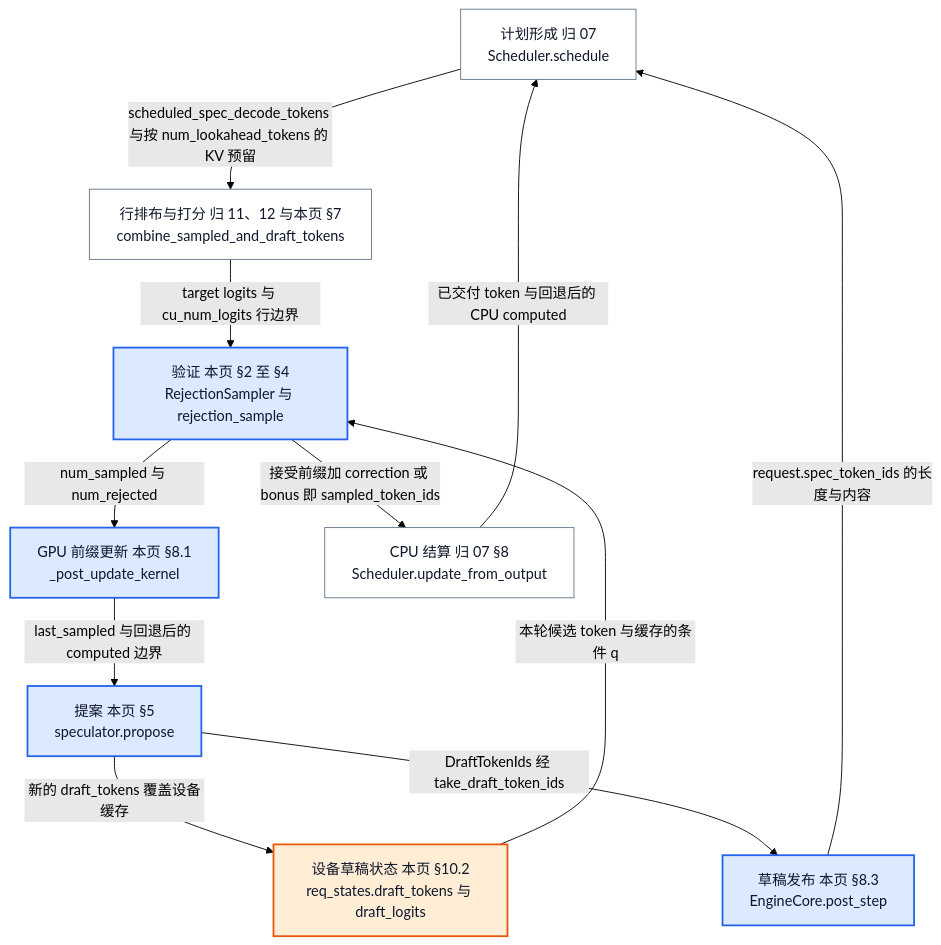
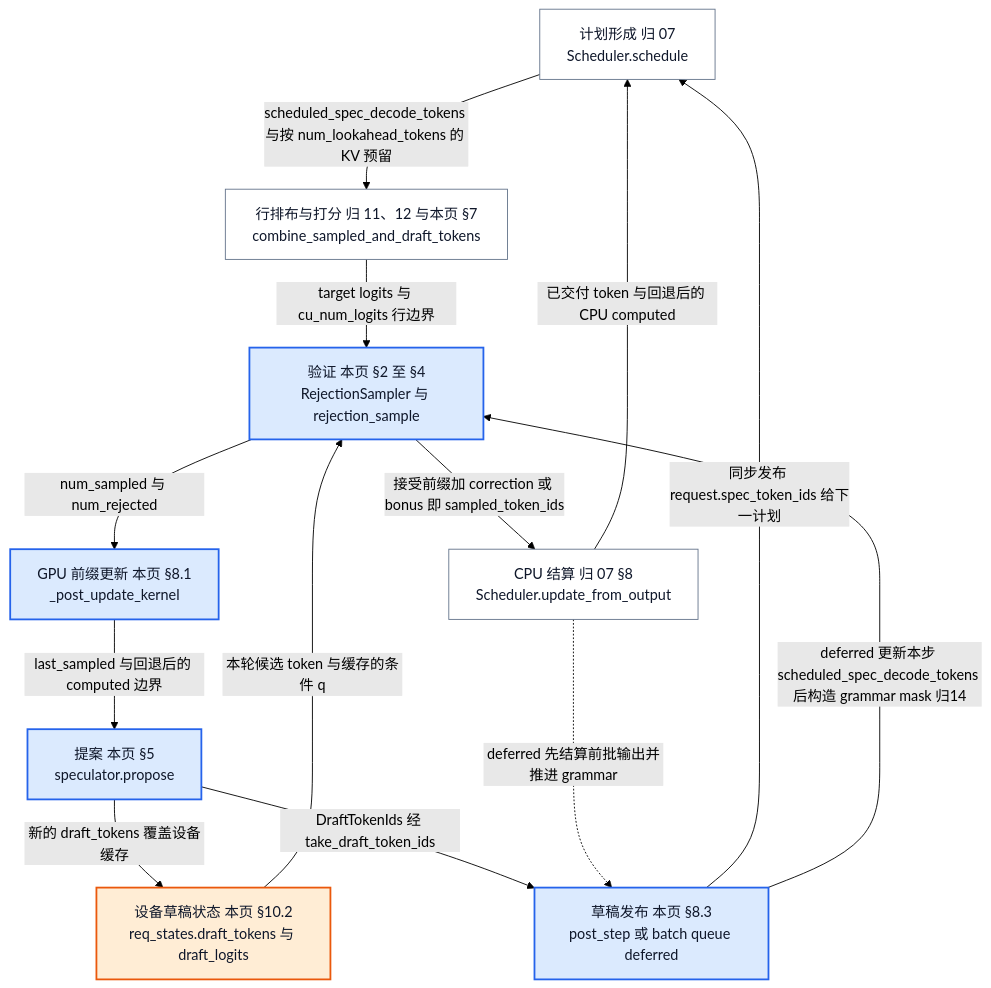
One commit to suhaibo666/llm-knowledge changed the first of 8 diagrams in wiki/02_engineering/03_infer_frameworks/vllm/16_vllm_speculative_decoding_analysis.md. Above: the diagram before and after it, drawn with Mermaid (forest theme). The commit also changed other lines of this file and 59 other files, not shown here.

````diff
--- a/wiki/02_engineering/03_infer_frameworks/vllm/16_vllm_speculative_decoding_analysis.md
+++ b/wiki/02_engineering/03_infer_frameworks/vllm/16_vllm_speculative_decoding_analysis.md
@@ -34,19 +34,21 @@
 ```mermaid
 flowchart TB
     P["计划形成 归 07<br/>Scheduler.schedule"] -->|scheduled_spec_decode_tokens 与按 num_lookahead_tokens 的 KV 预留| G["行排布与打分 归 11、12 与本页 §7<br/>combine_sampled_and_draft_tokens"]
     G -->|target logits 与 cu_num_logits 行边界| V["验证 本页 §2 至 §4<br/>RejectionSampler 与 rejection_sample"]
     D["设备草稿状态 本页 §10.2<br/>req_states.draft_tokens 与 draft_logits"] -->|本轮候选 token 与缓存的条件 q| V
     V -->|num_sampled 与 num_rejected| F["GPU 前缀更新 本页 §8.1<br/>_post_update_kernel"]
     V -->|接受前缀加 correction 或 bonus 即 sampled_token_ids| C["CPU 结算 归 07 §8<br/>Scheduler.update_from_output"]
     F -->|last_sampled 与回退后的 computed 边界| R["提案 本页 §5<br/>speculator.propose"]
     R -->|新的 draft_tokens 覆盖设备缓存| D
-    R -->|DraftTokenIds 经 take_draft_token_ids| B["草稿发布 本页 §8.3<br/>EngineCore.post_step"]
-    B -->|request.spec_token_ids 的长度与内容| P
+    R -->|DraftTokenIds 经 take_draft_token_ids| B["草稿发布 本页 §8.3<br/>post_step 或 batch queue deferred"]
+    B -->|同步发布 request.spec_token_ids 给下一计划| P
+    B -->|deferred 更新本步 scheduled_spec_decode_tokens 后构造 grammar mask 归14| V
+    C -.->|deferred 先结算前批输出并推进 grammar| B
     C -->|已交付 token 与回退后的 CPU computed| P
     classDef neutral fill:#ffffff,stroke:#64748b,color:#0f172a
     classDef acc1 fill:#dbeafe,stroke:#2563eb,color:#0f172a,stroke-width:2px
     classDef acc2 fill:#ffedd5,stroke:#ea580c,color:#0f172a,stroke-width:2px
     class P,G,C neutral
     class V,F,R,B acc1
     class D acc2
 ```
````
